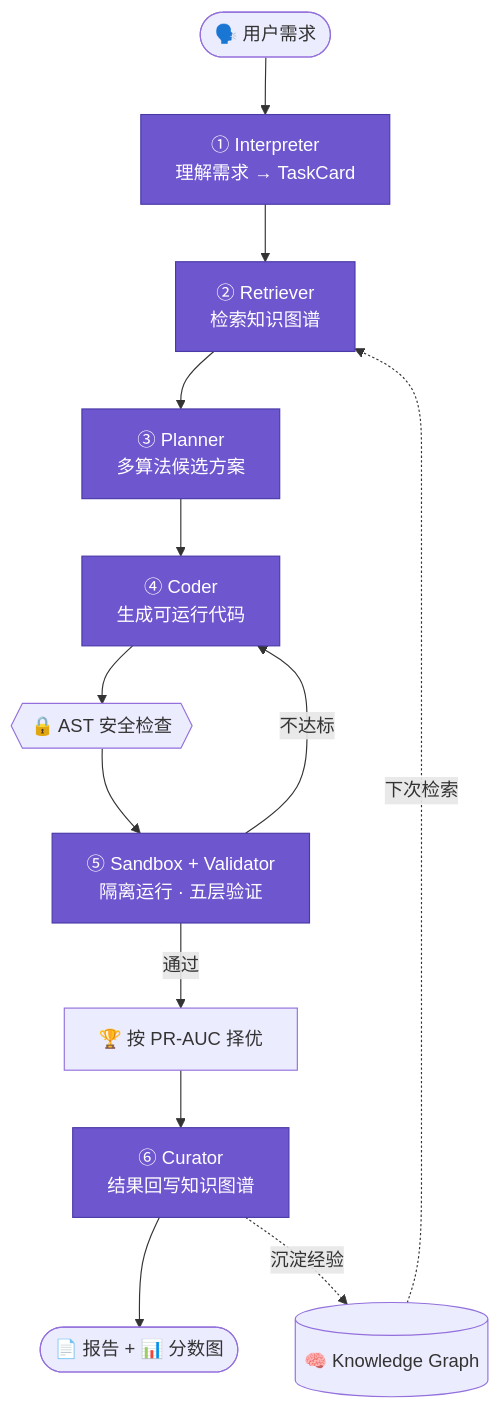
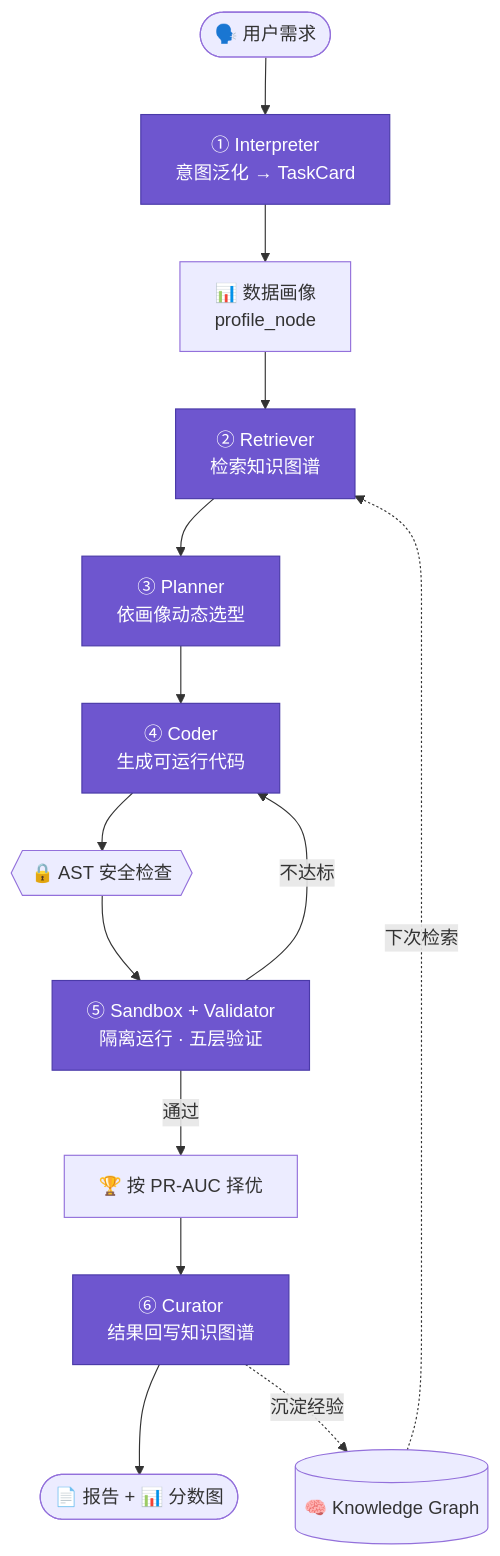
Before and after one commit to FelixWWWWwww/algo-factory: the diagram in README.md, drawn with Mermaid. The commit also changed other lines of this file and 46 other files, not shown here.

First line of the commit message:
feat: 三 Agent 动态化（意图泛化/动态选型/零样本生成）+ profile 节点 + train 动态 import

````diff
--- a/README.md
+++ b/README.md
@@ -91,18 +92,19 @@
 ```mermaid
 flowchart TD
-    U([🗣️ 用户需求]) --> I[① Interpreter<br/>理解需求 → TaskCard]
-    I --> R[② Retriever<br/>检索知识图谱]
-    R --> P[③ Planner<br/>多算法候选方案]
+    U([🗣️ 用户需求]) --> I[① Interpreter<br/>意图泛化 → TaskCard]
+    I --> PF[📊 数据画像<br/>profile_node]
+    PF --> R[② Retriever<br/>检索知识图谱]
+    R --> P[③ Planner<br/>依画像动态选型]
     P --> C[④ Coder<br/>生成可运行代码]
     C --> SEC{{🔒 AST 安全检查}}
     SEC --> SB[⑤ Sandbox + Validator<br/>隔离运行 · 五层验证]
     SB -- 不达标 --> C
     SB -- 通过 --> BEST[🏆 按 PR-AUC 择优]
     BEST --> CU[⑥ Curator<br/>结果回写知识图谱]
     CU --> OUT([📄 报告 + 📊 分数图])
     CU -.沉淀经验.-> KG[(🧠 Knowledge Graph)]
     KG -.下次检索.-> R
 
     classDef agent fill:#6E56CF,color:#fff,stroke:#4a3aa8;
     class I,R,P,C,SB,CU agent;
 ```
````
